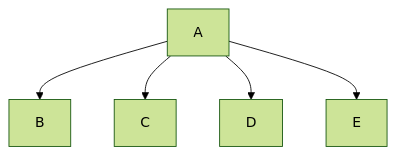
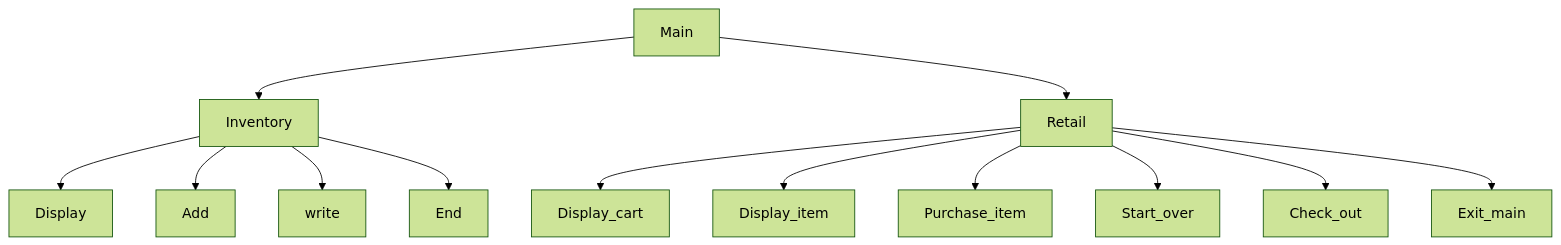
One commit to Jack1o36/chapter-10-team-project changed the diagram in README.md. Above: the diagram before and after it, drawn with Mermaid (forest theme). The commit also changed other lines of this file, not shown here.

Commit message:
Update README.md
adfasdfa

````diff
--- a/README.md
+++ b/README.md
@@ -8,7 +8,15 @@
 ```mermaid
 graph TD;
-  A-->B;
-  A-->C;
-  A-->D;
-  A-->E;
+  Main-->Inventory;
+  Main-->Retail;
+  Inventory-->Display;
+  Inventory-->Add;
+  Inventory-->write;
+  Inventory-->End;
+  Retail-->Display_cart;
+  Retail-->Display_item;
+  Retail-->Purchase_item;
+  Retail-->Start_over;
+  Retail-->Check_out;
+  Retail-->Exit_main;
 ```
````
